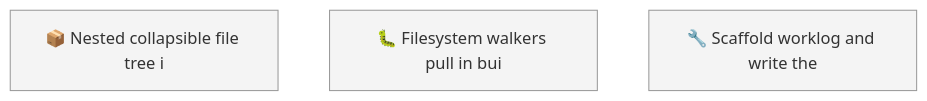
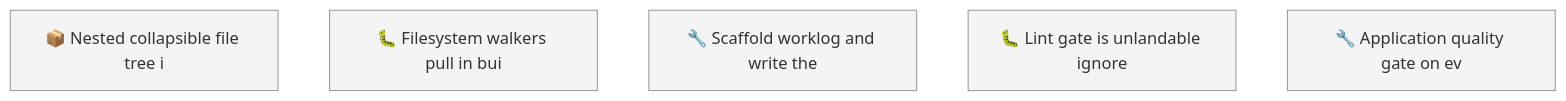
One commit to SpillwaveSolutions/okf-forge changed the first of 2 diagrams in docs/roadmap.md. Above: the diagram before and after it, drawn with Mermaid. The commit also changed other lines of this file and 9 other files, not shown here.

````diff
--- a/docs/roadmap.md
+++ b/docs/roadmap.md
@@ -50,8 +54,10 @@
 ```mermaid
 graph TD
     01KYZ24K4MKBE0VN4YAZ84V221["📦 Nested collapsible file tree i"]
     01KYZ24K90F9SS04CRSJRB65R4["🐛 Filesystem walkers pull in bui"]
     01KYZ27EFFB9MG32Y3YVFHRTND["🔧 Scaffold worklog and write the"]
+    01KYZ8TZY5GARKJKNC5NC1PE75["🐛 Lint gate is unlandable ignore"]
+    01KYZ8V02N7W42QKDHYFK9ZS70["🔧 Application quality gate on ev"]
     classDef todo fill:#f4f4f4,stroke:#999999
-    class 01KYZ24K4MKBE0VN4YAZ84V221,01KYZ24K90F9SS04CRSJRB65R4,01KYZ27EFFB9MG32Y3YVFHRTND todo
+    class 01KYZ24K4MKBE0VN4YAZ84V221,01KYZ24K90F9SS04CRSJRB65R4,01KYZ27EFFB9MG32Y3YVFHRTND,01KYZ8TZY5GARKJKNC5NC1PE75,01KYZ8V02N7W42QKDHYFK9ZS70 todo
 ```
````
